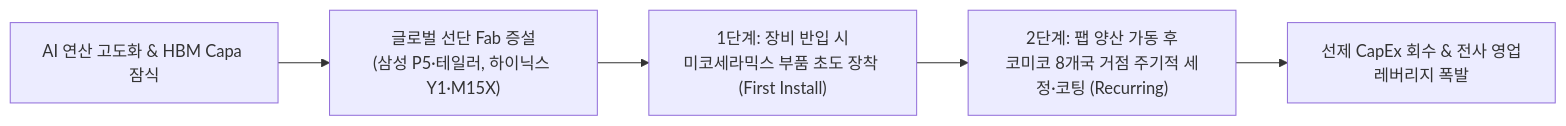
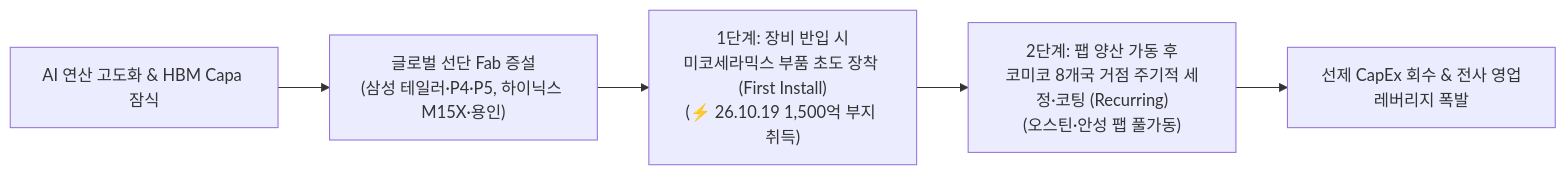
Before and after one commit to eve830521-cmd/my-skill: the first of 3 diagrams in Stock_Research/코미코/3_Final_Reports/Phase2_Story.md, drawn with Mermaid. The commit also changed other lines of this file and 96 other files, not shown here.

````diff
--- a/Stock_Research/코미코/3_Final_Reports/Phase2_Story.md
+++ b/Stock_Research/코미코/3_Final_Reports/Phase2_Story.md
@@ -16,7 +17,7 @@
 ```mermaid
 graph LR
-    A["AI 연산 고도화 & HBM Capa 잠식"] --> B["글로벌 선단 Fab 증설<br>(삼성 P5·테일러, 하이닉스 Y1·M15X)"]
-    B --> C["1단계: 장비 반입 시<br>미코세라믹스 부품 초도 장착 (First Install)"]
-    C --> D["2단계: 팹 양산 가동 후<br>코미코 8개국 거점 주기적 세정·코팅 (Recurring)"]
+    A["AI 연산 고도화 & HBM Capa 잠식"] --> B["글로벌 선단 Fab 증설<br>(삼성 테일러·P4·P5, 하이닉스 M15X·용인)"]
+    B --> C["1단계: 장비 반입 시<br>미코세라믹스 부품 초도 장착 (First Install)<br>(⚡ 26.10.19 1,500억 부지 취득)"]
+    C --> D["2단계: 팹 양산 가동 후<br>코미코 8개국 거점 주기적 세정·코팅 (Recurring)<br>(오스틴·안성 팹 풀가동)"]
     D --> E["선제 CapEx 회수 & 전사 영업레버리지 폭발"]
 ```
````
